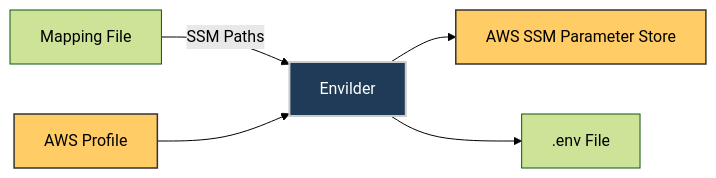
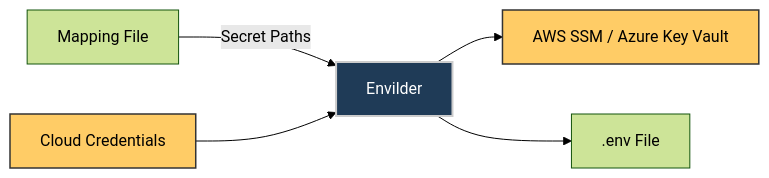
One commit to macalbert/envilder changed the diagram in docs/pull-command.md. Above: the diagram before and after it, drawn with Mermaid (forest theme). The commit also changed other lines of this file and 11 other files, not shown here.

First line of the commit message:
feat: Add Azure Key Vault support for secret management

````diff
--- a/docs/pull-command.md
+++ b/docs/pull-command.md
@@ -15,10 +16,10 @@
 ```mermaid
 graph LR
-    A[Mapping File] --> |SSM Paths| B[Envilder]:::core
-    D[AWS Profile]:::aws --> B
-    B --> E[AWS SSM Parameter Store]:::aws
+    A[Mapping File] --> |Secret Paths| B[Envilder]:::core
+    D[Cloud Credentials]:::cloud --> B
+    B --> E[AWS SSM / Azure Key Vault]:::cloud
     B --> F[.env File]
 
-    classDef aws fill:#ffcc66,color:#000000,stroke:#333,stroke-width:1.5px;
+    classDef cloud fill:#ffcc66,color:#000000,stroke:#333,stroke-width:1.5px;
     classDef core fill:#1f3b57,color:#fff,stroke:#ccc,stroke-width:2px;
 ```
````
